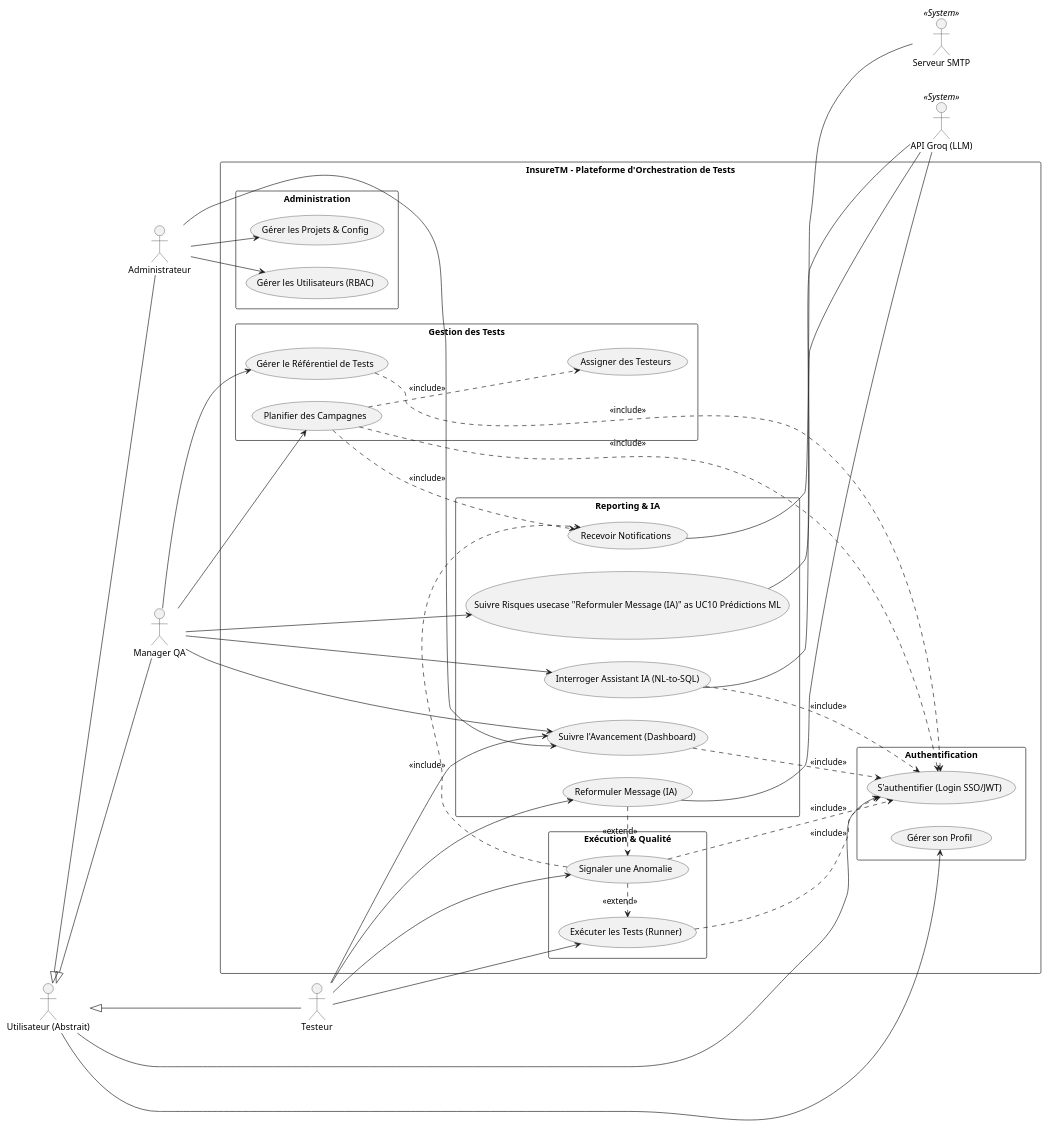
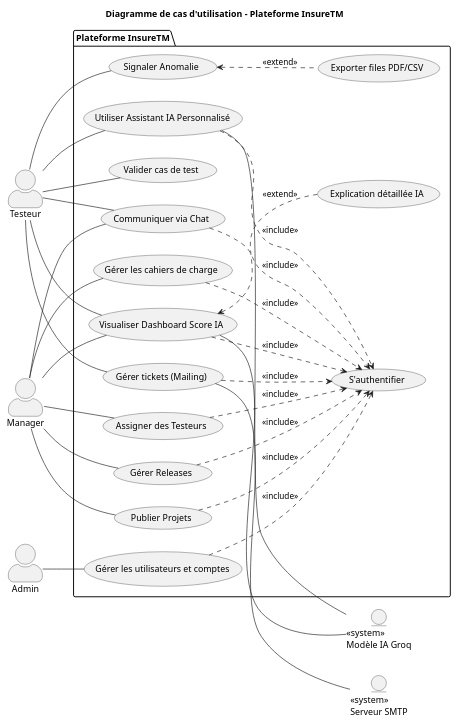
The diagram in InsureTM/diagrammes /use_case_diagram.puml (onsben19/Test-Management-Plateforme-LLoyd), drawn with PlantUML before and after one commit. The commit also changed 69 other files, not shown here.

```diff
--- a/InsureTM/diagrammes /use_case_diagram.puml
+++ b/InsureTM/diagrammes /use_case_diagram.puml
@@ -1,90 +1,76 @@
 @startuml
+skinparam actorStyle awesome
 left to right direction
-skinparam packageStyle rectangle
 
-actor "Utilisateur (Abstrait)" as User
-actor "Administrateur" as Admin
-actor "Manager QA" as Manager
-actor "Testeur" as Tester
+title Diagramme de cas d'utilisation - Plateforme InsureTM
+
+actor "Testeur" as T
+actor "Manager" as M
+actor "Admin" as A
+
+package "Plateforme InsureTM" {
+    
+    usecase "S'authentifier" as Auth
+    
+    ' Cas pour le Testeur
+    usecase "Valider cas de test" as UC1
+    usecase "Signaler Anomalie" as UC2
+    usecase "Exporter files PDF/CSV" as UC_Export
+    usecase "Gérer tickets (Mailing)" as UC3
+    usecase "Communiquer via Chat" as UC4
+    usecase "Utiliser Assistant IA Personnalisé" as UC5
+    usecase "Visualiser Dashboard Score IA" as UC6
+    usecase "Explication détaillée IA" as UC_Expl
+    
+    ' Cas pour le Manager
+    usecase "Publier Projets" as UC7
+    usecase "Gérer Releases" as UC8
+    usecase "Gérer les cahiers de charge" as UC9
+    usecase "Assigner des Testeurs" as UC10
+    
+    ' Cas pour l'Admin
+    usecase "Gérer les utilisateurs et comptes" as UC11
+    
+    ' Relations d'extension (Pointillés vers le cas de base)
+    UC_Export .up.> UC2 : <<extend>>
+    UC_Expl .up.> UC6 : <<extend>>
+    
+    ' Relations d'inclusion (Vers S'authentifier)
+    UC3 ..> Auth : <<include>>
+    UC4 ..> Auth : <<include>>
+    UC5 ..> Auth : <<include>>
+    UC6 ..> Auth : <<include>>
+    UC7 ..> Auth : <<include>>
+    UC8 ..> Auth : <<include>>
+    UC9 ..> Auth : <<include>>
+    UC10 ..> Auth : <<include>>
+    UC11 ..> Auth : <<include>>
+}
 
 ' Systèmes Externes
-actor "Serveur SMTP" as SMTP <<System>>
-actor "API Groq (LLM)" as AI <<System>>
+entity "<<system>>\nModèle IA Groq" as Groq
+entity "<<system>>\nServeur SMTP" as SMTP
 
-' Héritage
-User <|-- Admin
-User <|-- Manager
-User <|-- Tester
+' Associations Acteurs -> Cas
+T -- UC1
+T -- UC2
+T -- UC3
+T -- UC4
+T -- UC5
+T -- UC6
 
-rectangle "InsureTM - Plateforme d'Orchestration de Tests" {
+M -- UC7
+M -- UC8
+M -- UC9
+M -- UC10
+M -- UC4
+M -- UC6
 
-  ' --- Authentification ---
-  package "Authentification" {
-      usecase "S'authentifier (Login SSO/JWT)" as Login
-      usecase "Gérer son Profil" as Profile
-  }
-  User --> Login
-  User --> Profile
+A -- UC11
 
-  ' --- Administration ---
-  package "Administration" {
-      usecase "Gérer les Utilisateurs (RBAC)" as UC1
-      usecase "Gérer les Projets & Config" as UC2
-  }
-  Admin --> UC1
-  Admin --> UC2
+' Liaisons Systèmes secondaires
+UC3 -- SMTP
+UC5 -- Groq
+UC6 -- Groq
 
-  ' --- Gestion des Tests ---
-  package "Gestion des Tests" {
-      usecase "Gérer le Référentiel de Tests" as UC3
-      usecase "Planifier des Campagnes" as UC4
-      usecase "Assigner des Testeurs" as UC5
-      UC4 ..> UC5 : <<include>>
-      UC4 ..> Login : <<include>>
-  }
-  Manager --> UC3
-  Manager --> UC4
-  UC3 ..> Login : <<include>>
-
-  ' --- Exécution ---
-  package "Exécution & Qualité" {
-      usecase "Exécuter les Tests (Runner)" as UC6
-      usecase "Signaler une Anomalie" as UC7
-      UC7 .> UC6 : <<extend>>
-  }
-  Tester --> UC6
-  Tester --> UC7
-  UC6 ..> Login : <<include>>
-  UC7 ..> Login : <<include>>
-
-  ' --- Reporting & IA ---
-  package "Reporting & IA" {
-      usecase "Suivre l'Avancement (Dashboard)" as UC8
-      usecase "Interroger Assistant IA (NL-to-SQL)" as UC9
-      usecase "Reformuler Message (IA)" as UC10
-      usecase "Suivre Risques usecase "Reformuler Message (IA)" as UC10 Prédictions ML" as UC12
-      usecase "Recevoir Notifications" as UC11
-  }
-  
-  ' Liens Transverses
-  Admin --> UC8
-  Manager --> UC8
-  Manager --> UC9
-  Tester --> UC8
-  Tester --> UC10
-  Manager --> UC12
-
-  UC8 ..> Login : <<include>>
-  UC9 ..> Login : <<include>>
-  UC10 .> UC7 : <<extend>>
-
-  ' Systèmes Externes
-  UC11 -- SMTP
-  UC9 -- AI
-  UC10 -- AI
-  UC12 -- AI
-  UC4 ..> UC11 : <<include>>
-  UC7 ..> UC11 : <<include>>
-
-}
 @enduml
```
